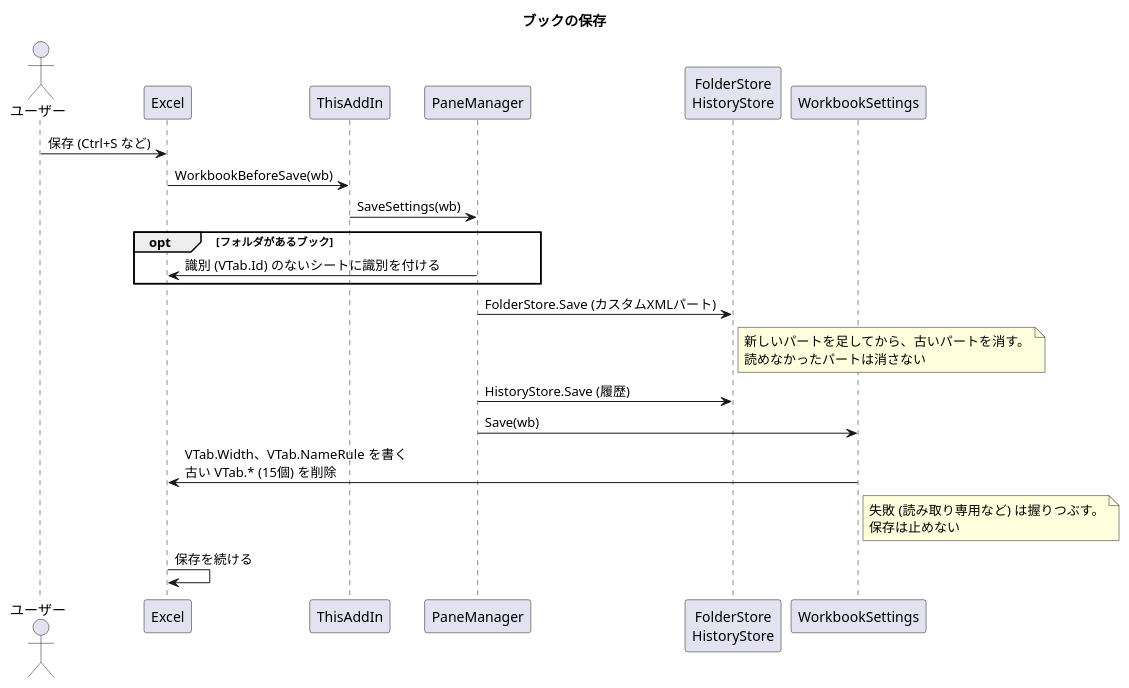
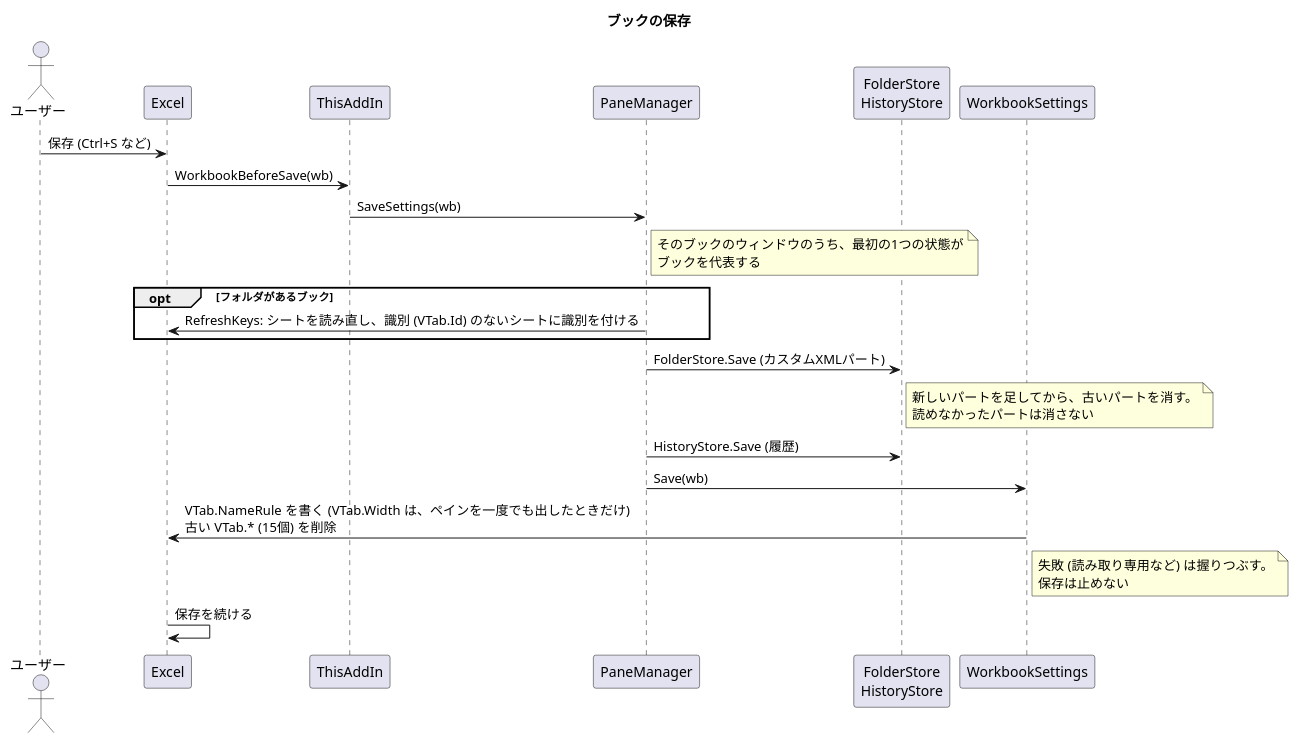
Before and after one commit to nk-taka623/VerticalSheetTabs: the diagram in docs/sequence-save.puml, drawn with PlantUML. The commit also changed 49 other files, not shown here.

First line of the commit message:
設計図と説明を、実装に合わせて見直す

```diff
--- a/docs/sequence-save.puml
+++ b/docs/sequence-save.puml
@@ -1,26 +1,27 @@
 @startuml
 title ブックの保存
 skinparam shadowing false
 skinparam sequenceMessageAlign left
 
 actor "ユーザー" as U
 participant "Excel" as XL
 participant "ThisAddIn" as T
 participant "PaneManager" as P
 participant "FolderStore\nHistoryStore" as F
 participant "WorkbookSettings" as W
 
 U -> XL : 保存 (Ctrl+S など)
 XL -> T : WorkbookBeforeSave(wb)
 T -> P : SaveSettings(wb)
+note right of P : そのブックのウィンドウのうち、最初の1つの状態が\nブックを代表する
 opt フォルダがあるブック
-  P -> XL : 識別 (VTab.Id) のないシートに識別を付ける
+  P -> XL : RefreshKeys: シートを読み直し、識別 (VTab.Id) のないシートに識別を付ける
 end
 P -> F : FolderStore.Save (カスタムXMLパート)
 note right of F : 新しいパートを足してから、古いパートを消す。\n読めなかったパートは消さない
 P -> F : HistoryStore.Save (履歴)
 P -> W : Save(wb)
-W -> XL : VTab.Width、VTab.NameRule を書く\n古い VTab.* (15個) を削除
+W -> XL : VTab.NameRule を書く (VTab.Width は、ペインを一度でも出したときだけ)\n古い VTab.* (15個) を削除
 note right of W : 失敗 (読み取り専用など) は握りつぶす。\n保存は止めない
 XL -> XL : 保存を続ける
 @enduml
```
